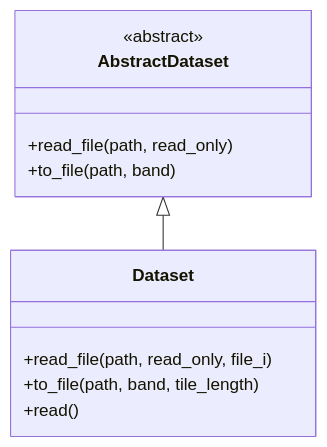
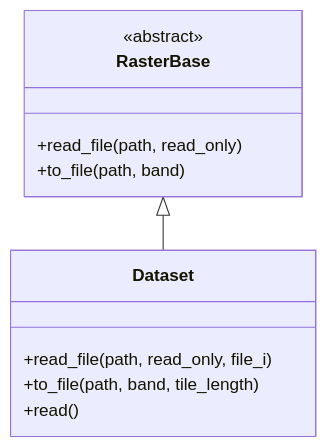
The fourth of 13 diagrams in docs/architecture/diagrams.md (Serapieum-of-alex/pyramids), drawn with Mermaid before and after one commit. The commit also changed other lines of this file and 17 other files, not shown here.

First line of the commit message:
S3.3: Rename AbstractDataset → RasterBase

````diff
--- a/docs/architecture/diagrams.md
+++ b/docs/architecture/diagrams.md
@@ -52,14 +52,14 @@
 ```mermaid
 classDiagram
-  class AbstractDataset {
+  class RasterBase {
     <<abstract>>
     +read_file(path, read_only)
     +to_file(path, band)
   }
   class Dataset {
     +read_file(path, read_only, file_i)
     +to_file(path, band, tile_length)
     +read()
   }
-  AbstractDataset <|-- Dataset
+  RasterBase <|-- Dataset
 ```
````
